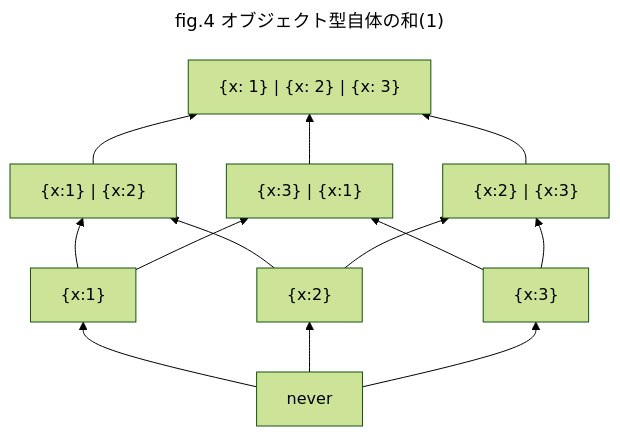
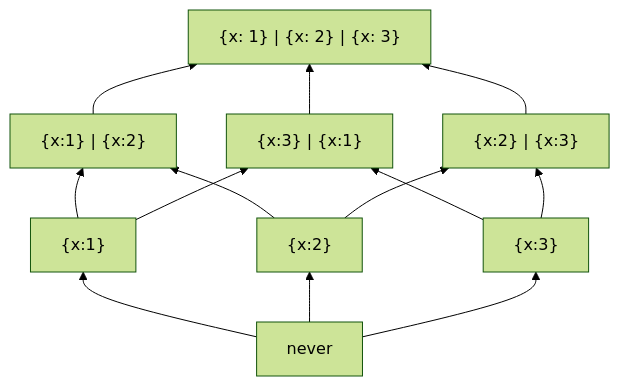
One commit to yo-goto/zenn-public-repo changed the seventh of 14 diagrams in books/algebraic-subtyping-models/6-ast-set-theoretic-model.md. Above: the diagram before and after it, drawn with Mermaid (forest theme). The commit also changed other lines of this file, not shown here.

Commit message:
🐛 fix(chapter): 集合論の章でmermaidグラフからタイトルを除去(数字管理が面倒なので)

````diff
--- a/books/algebraic-subtyping-models/6-ast-set-theoretic-model.md
+++ b/books/algebraic-subtyping-models/6-ast-set-theoretic-model.md
@@ -400,22 +388,19 @@
 ```mermaid
----
-title: fig.4 オブジェクト型自体の和(1)
----
 graph BT
   B["never"]
   X["{x:1}"]
   Y["{x:2}"]
   Z["{x:3}"]
   XY["{x:1} | {x:2}"]
   ZX["{x:3} | {x:1}"]
   YZ["{x:2} | {x:3}"]
   T["{x: 1} | {x: 2} | {x: 3}"]
   B --> X & Y & Z
   X --> XY
   Y --> XY
   Z --> ZX
   Y --> YZ
   X --> ZX
   Z --> YZ
   XY & YZ & ZX --> T
 ```
````
